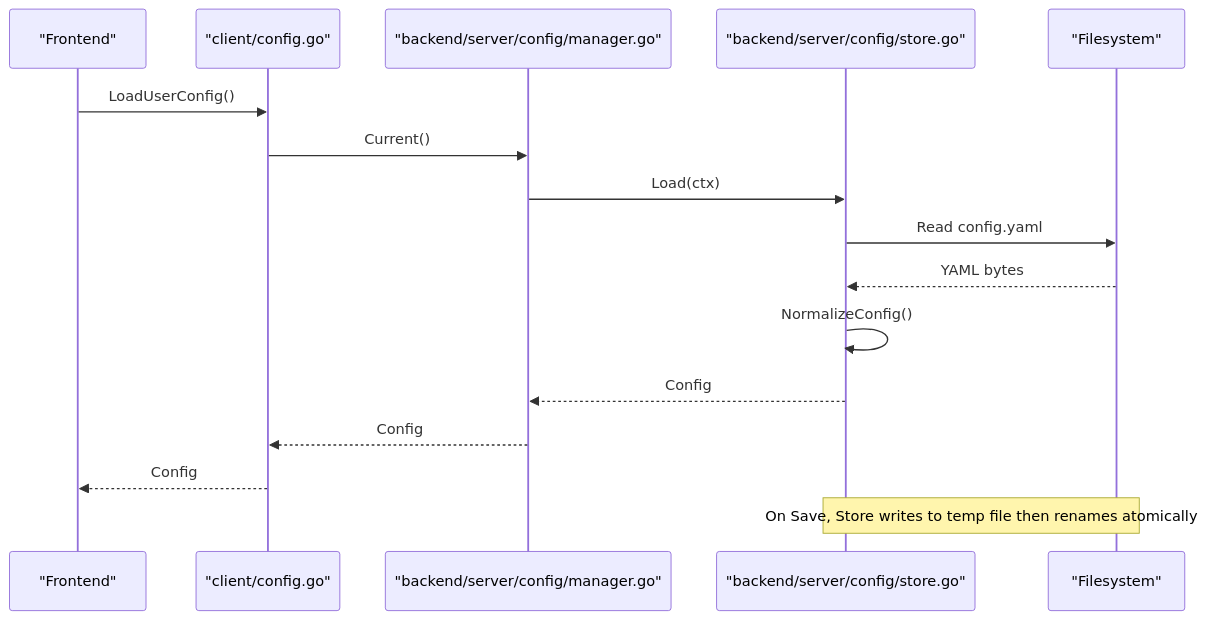
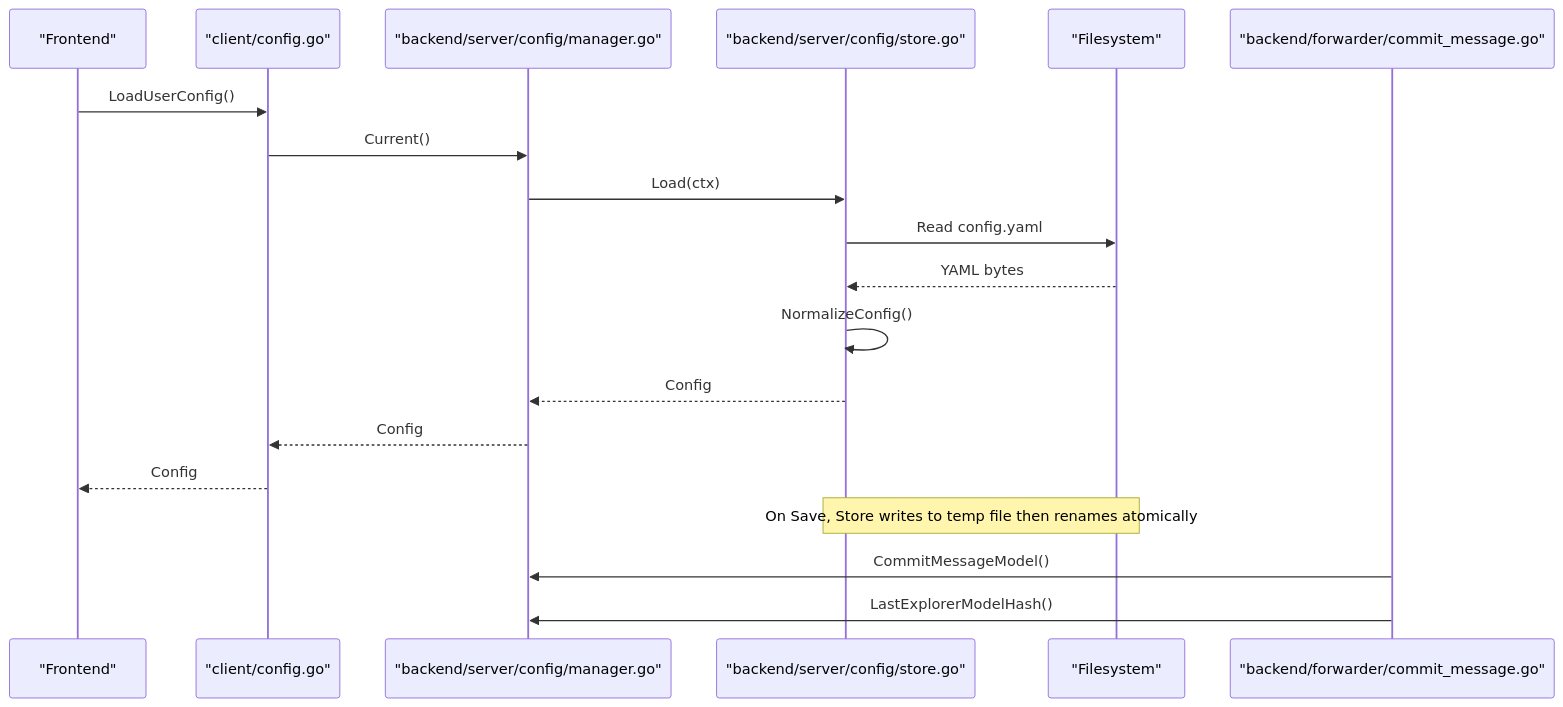
One commit to philau2512/cursor-byok-go-v2 changed the second of 10 diagrams in .qoder/repowiki/en/content/Configuration System/Configuration System.md. Above: the diagram before and after it, drawn with Mermaid. The commit also changed other lines of this file and 16 other files, not shown here.

First line of the commit message:
feat(forwarder): improve skill hijacking prevention and add multi-tier model selection

````diff
--- a/.qoder/repowiki/en/content/Configuration System/Configuration System.md
+++ b/.qoder/repowiki/en/content/Configuration System/Configuration System.md
@@ -118,18 +144,21 @@
 ```mermaid
 sequenceDiagram
 participant Frontend as "Frontend"
 participant Client as "client/config.go"
 participant Manager as "backend/server/config/manager.go"
 participant Store as "backend/server/config/store.go"
 participant FS as "Filesystem"
+participant Forwarder as "backend/forwarder/commit_message.go"
 Frontend->>Client : LoadUserConfig()
 Client->>Manager : Current()
 Manager->>Store : Load(ctx)
 Store->>FS : Read config.yaml
 FS-->>Store : YAML bytes
 Store->>Store : NormalizeConfig()
 Store-->>Manager : Config
 Manager-->>Client : Config
 Client-->>Frontend : Config
 Note over Store,FS : On Save, Store writes to temp file then renames atomically
+Forwarder->>Manager : CommitMessageModel()
+Forwarder->>Manager : LastExplorerModelHash()
 ```
````
